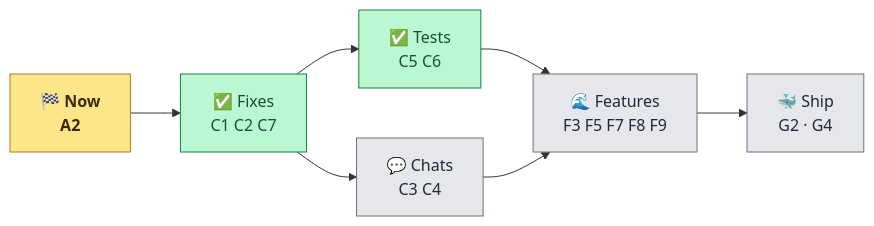
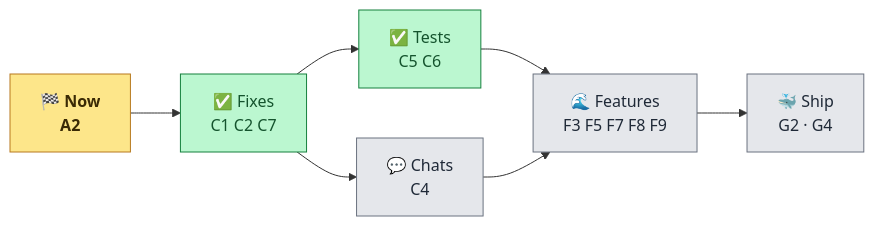
One commit to anurag-joshi-1403/Multi-Agent-AI-Platform changed the third of 3 diagrams in FRONTEND_STATUS.md. Above: the diagram before and after it, drawn with Mermaid. The commit also changed other lines of this file and 2 other files, not shown here.

````diff
--- a/FRONTEND_STATUS.md
+++ b/FRONTEND_STATUS.md
@@ -202,14 +209,14 @@
 ```mermaid
 flowchart LR
     classDef now fill:#fde68a,stroke:#b7791f,color:#3a2a05,font-weight:bold
     classDef later fill:#e5e7eb,stroke:#6b7280,color:#1f2937
     classDef done fill:#bbf7d0,stroke:#15803d,color:#14532d
     N["🏁 Now<br/>A2"] --> FX["✅ Fixes<br/>C1 C2 C7"] --> T["✅ Tests<br/>C5 C6"]
-    FX --> CH["💬 Chats<br/>C3 C4"]
+    FX --> CH["💬 Chats<br/>C4"]
     T --> NEW["🌊 Features<br/>F3 F5 F7 F8 F9"]
     CH --> NEW
     NEW --> SHIP["🐳 Ship<br/>G2 · G4"]
     class N now
     class FX,T done
     class CH,NEW,SHIP later
 ```
````
